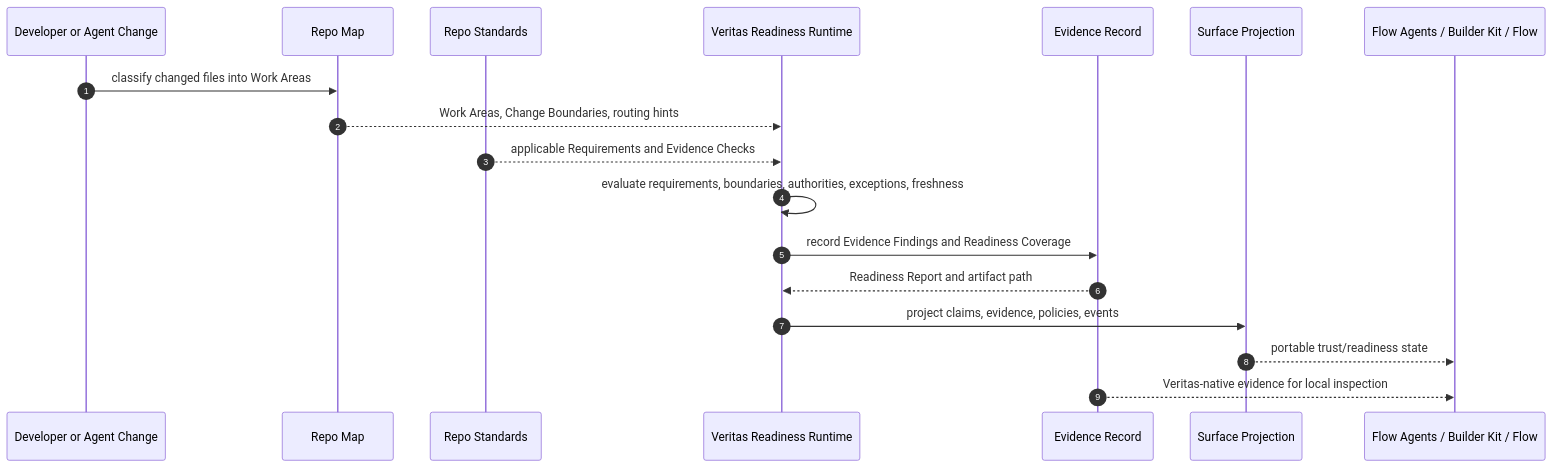
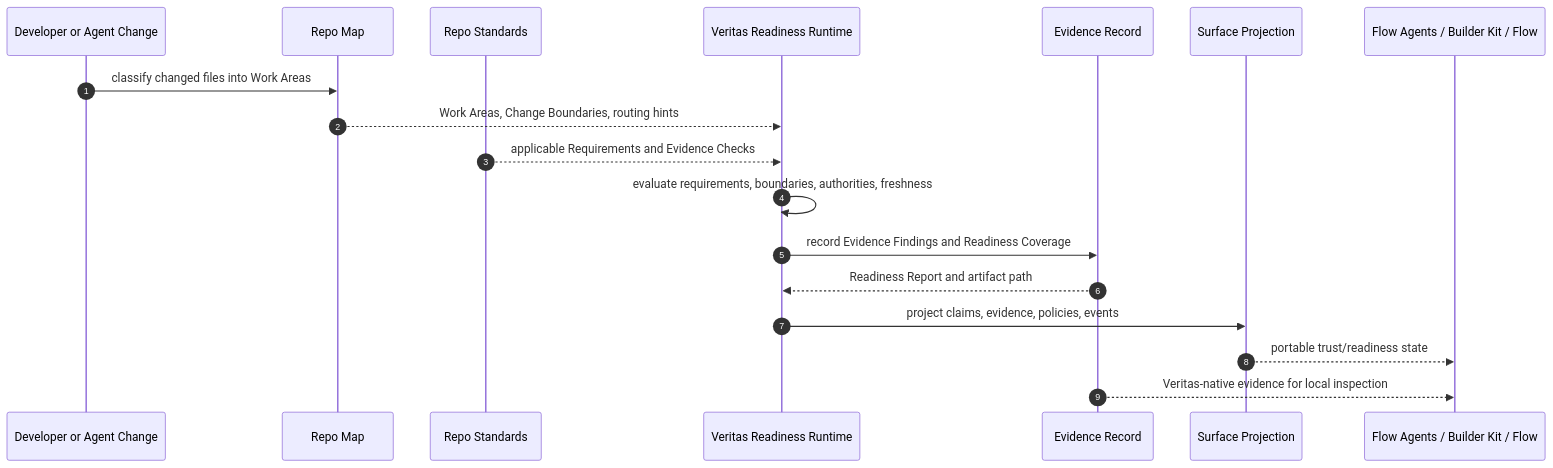
Before and after one commit to kontourai/veritas: the second of 3 diagrams in docs/architecture/developer-architecture.md, drawn with Mermaid. The commit also changed other lines of this file and 10 other files, not shown here.

````diff
--- a/docs/architecture/developer-architecture.md
+++ b/docs/architecture/developer-architecture.md
@@ -86,21 +86,21 @@
 ```mermaid
 sequenceDiagram
   autonumber
   participant Change as Developer or Agent Change
   participant Map as Repo Map
   participant Standards as Repo Standards
   participant Veritas as Veritas Readiness Runtime
   participant Evidence as Evidence Record
   participant Surface as Surface Projection
   participant Consumers as Flow Agents / Builder Kit / Flow
 
   Change->>Map: classify changed files into Work Areas
   Map-->>Veritas: Work Areas, Change Boundaries, routing hints
   Standards-->>Veritas: applicable Requirements and Evidence Checks
-  Veritas->>Veritas: evaluate requirements, boundaries, authorities, exceptions, freshness
+  Veritas->>Veritas: evaluate requirements, boundaries, authorities, freshness
   Veritas->>Evidence: record Evidence Findings and Readiness Coverage
   Evidence-->>Veritas: Readiness Report and artifact path
   Veritas->>Surface: project claims, evidence, policies, events
   Surface-->>Consumers: portable trust/readiness state
   Evidence-->>Consumers: Veritas-native evidence for local inspection
 ```
````
